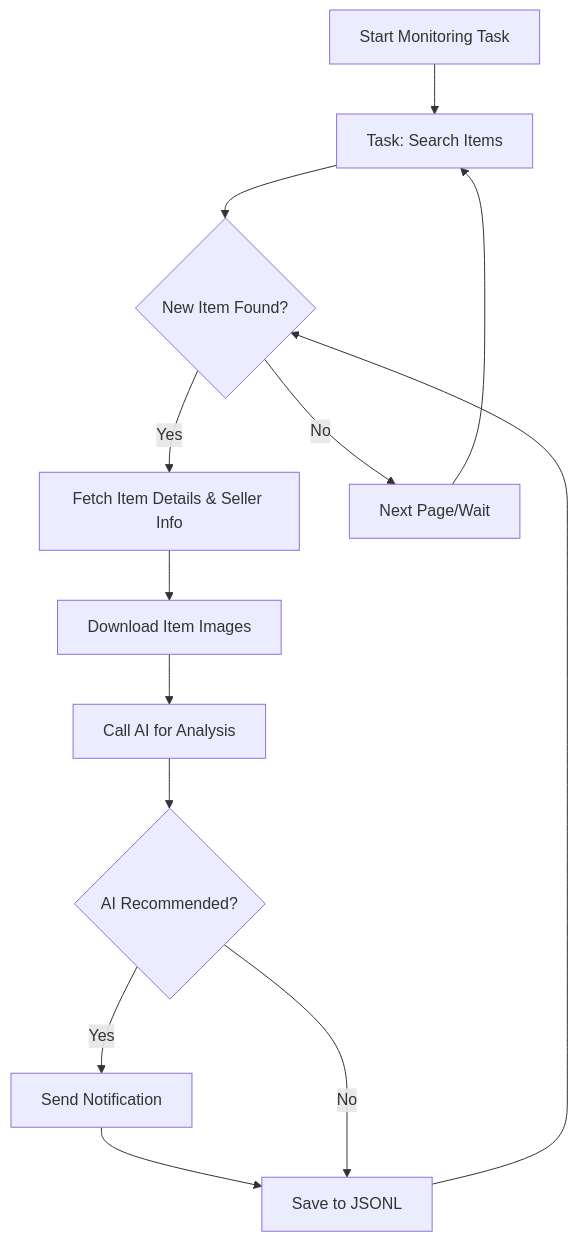
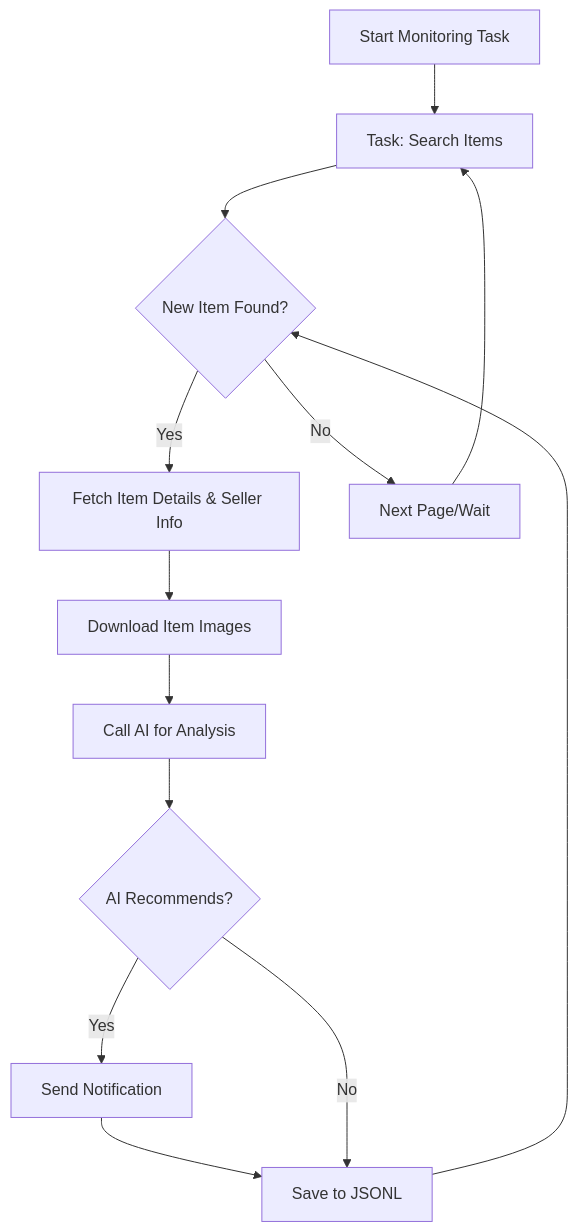
Before and after one commit to saurav-z/repo-docs: the diagram in docs/dingyufei615-ai-goofish-monitor.md, drawn with Mermaid. The commit also changed other lines of this file and 210 other files, not shown here.

````diff
--- a/docs/dingyufei615-ai-goofish-monitor.md
+++ b/docs/dingyufei615-ai-goofish-monitor.md
@@ -221,15 +206,15 @@
 ```mermaid
 graph TD
     A[Start Monitoring Task] --> B[Task: Search Items];
     B --> C{New Item Found?};
     C -- Yes --> D[Fetch Item Details & Seller Info];
     D --> E[Download Item Images];
     E --> F[Call AI for Analysis];
-    F --> G{AI Recommended?};
+    F --> G{AI Recommends?};
     G -- Yes --> H[Send Notification];
     H --> I[Save to JSONL];
     G -- No --> I;
     C -- No --> J[Next Page/Wait];
     J --> B;
     I --> C;
 ```
````
